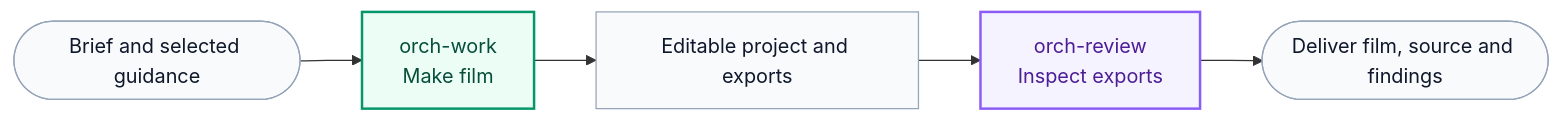
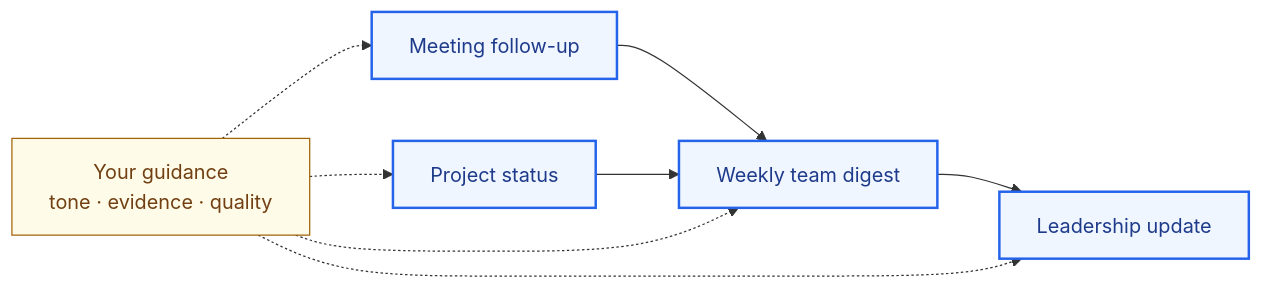
One commit to DanMcInerney/orchflows changed the second of 2 diagrams in README.md. Above: the diagram before and after it, drawn with Mermaid. The commit also changed other lines of this file and 178 other files, not shown here.

Commit message:
Make workflow trials safe and tighten library documentation

````diff
--- a/README.md
+++ b/README.md
@@ -208,13 +54,11 @@
 ```mermaid
 flowchart LR
-    B([Brief and selected guidance]) --> M["orch-work<br/>Make film"]
-    M --> E[Editable project and exports]
-    E --> R["orch-review<br/>Inspect exports"]
-    R --> D([Deliver film, source and findings])
-    classDef work fill:#ecfdf5,stroke:#059669,color:#064e3b,stroke-width:2px;
-    classDef review fill:#f5f3ff,stroke:#8b5cf6,color:#4c1d95,stroke-width:2px;
-    classDef result fill:#f8fafc,stroke:#94a3b8,color:#0f172a;
-    class M work;
-    class R review;
-    class B,E,D result;
+    A[Meeting follow-up] --> B[Weekly team digest]
+    C[Project status] --> B
+    B --> D[Leadership update]
+    G["Your guidance<br/>tone · evidence · quality"] -.-> A & B & C & D
+    classDef workflow fill:#eff6ff,stroke:#2563eb,color:#1e3a8a,stroke-width:2px;
+    classDef guidance fill:#fefce8,stroke:#a16207,color:#713f12;
+    class A,B,C,D workflow;
+    class G guidance;
 ```
````
